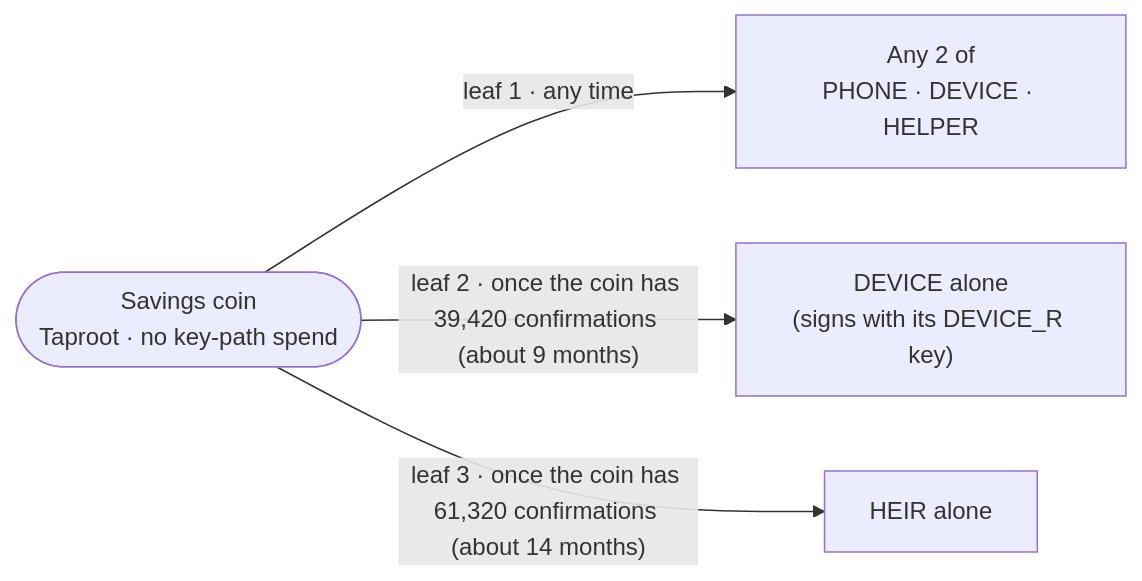
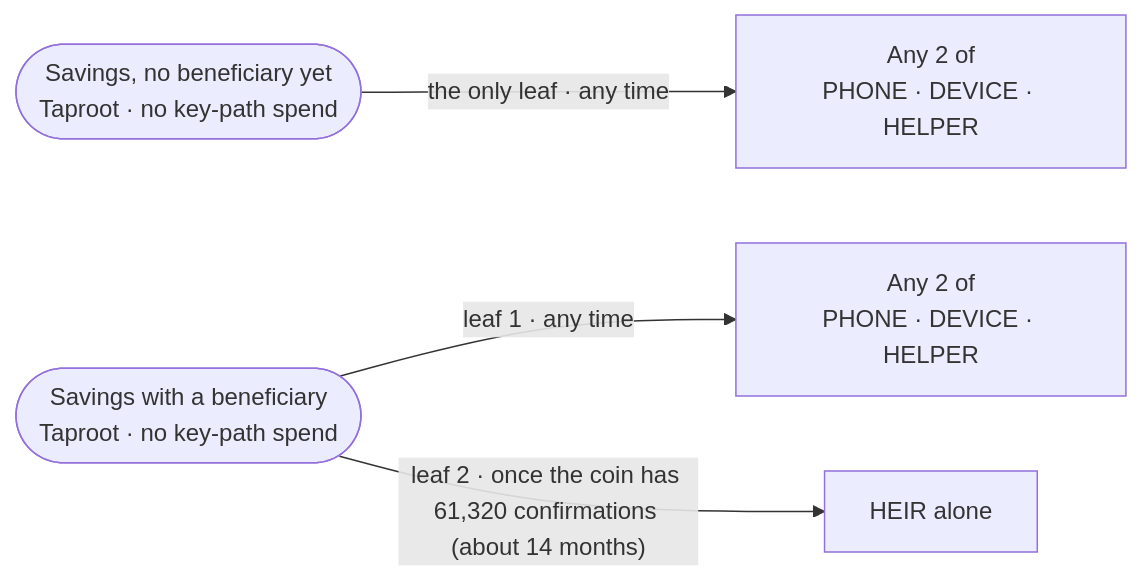
One commit to brent472/satkeep changed the diagram in crates/twofold-savings/README.md. Above: the diagram before and after it, drawn with Mermaid. The commit also changed other lines of this file and 9 other files, not shown here.

First line of the commit message:
Savings with no beneficiary is standard P2WSH: wsh(sortedmulti(2, P, D, H))

````diff
--- a/crates/twofold-savings/README.md
+++ b/crates/twofold-savings/README.md
@@ -9,7 +11,8 @@
 ```mermaid
 flowchart LR
-    coin(["Savings coin<br/>Taproot · no key-path spend"])
-    coin -->|"leaf 1 · any time"| two["Any 2 of<br/>PHONE · DEVICE · HELPER"]
-    coin -->|"leaf 2 · once the coin has 39,420 confirmations (about 9 months)"| dev["DEVICE alone<br/>(signs with its DEVICE_R key)"]
-    coin -->|"leaf 3 · once the coin has 61,320 confirmations (about 14 months)"| heir["HEIR alone"]
+    plain(["Savings, no beneficiary yet<br/>Taproot · no key-path spend"])
+    plain -->|"the only leaf · any time"| two1["Any 2 of<br/>PHONE · DEVICE · HELPER"]
+    heir(["Savings with a beneficiary<br/>Taproot · no key-path spend"])
+    heir -->|"leaf 1 · any time"| two2["Any 2 of<br/>PHONE · DEVICE · HELPER"]
+    heir -->|"leaf 2 · once the coin has 61,320 confirmations (about 14 months)"| alone["HEIR alone"]
 ```
````
